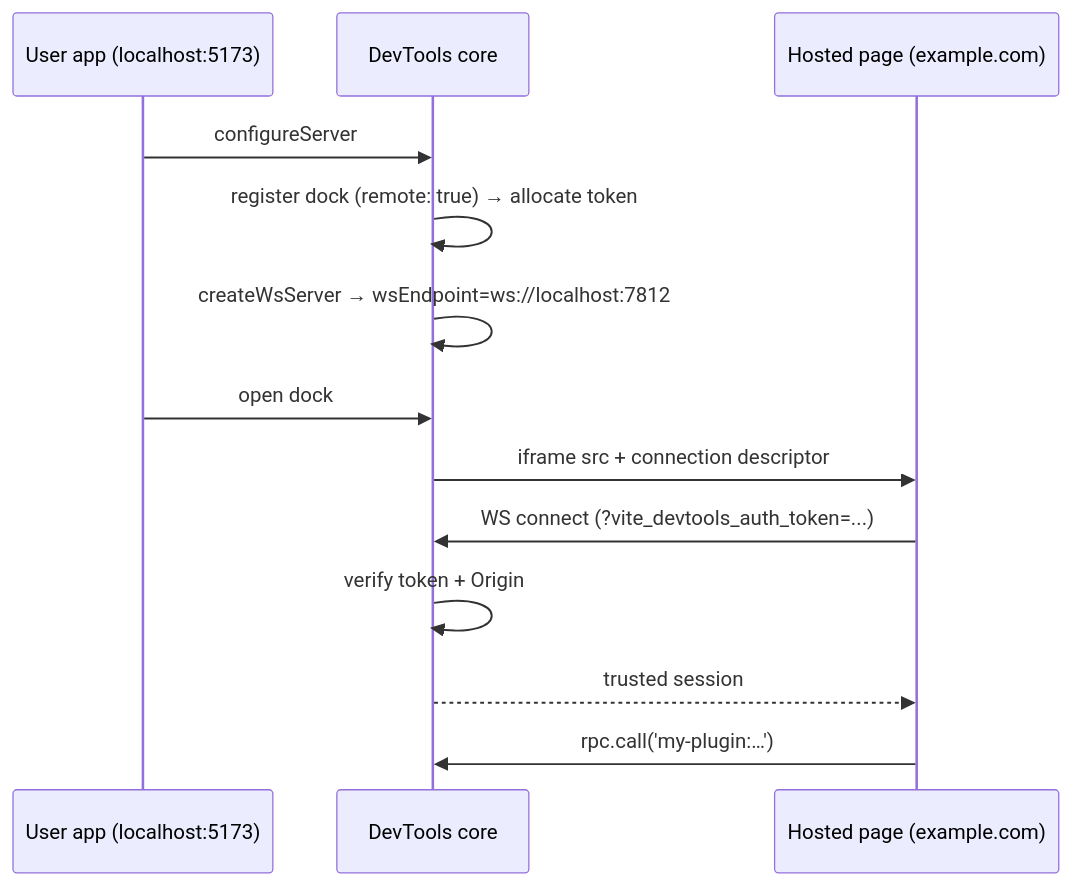
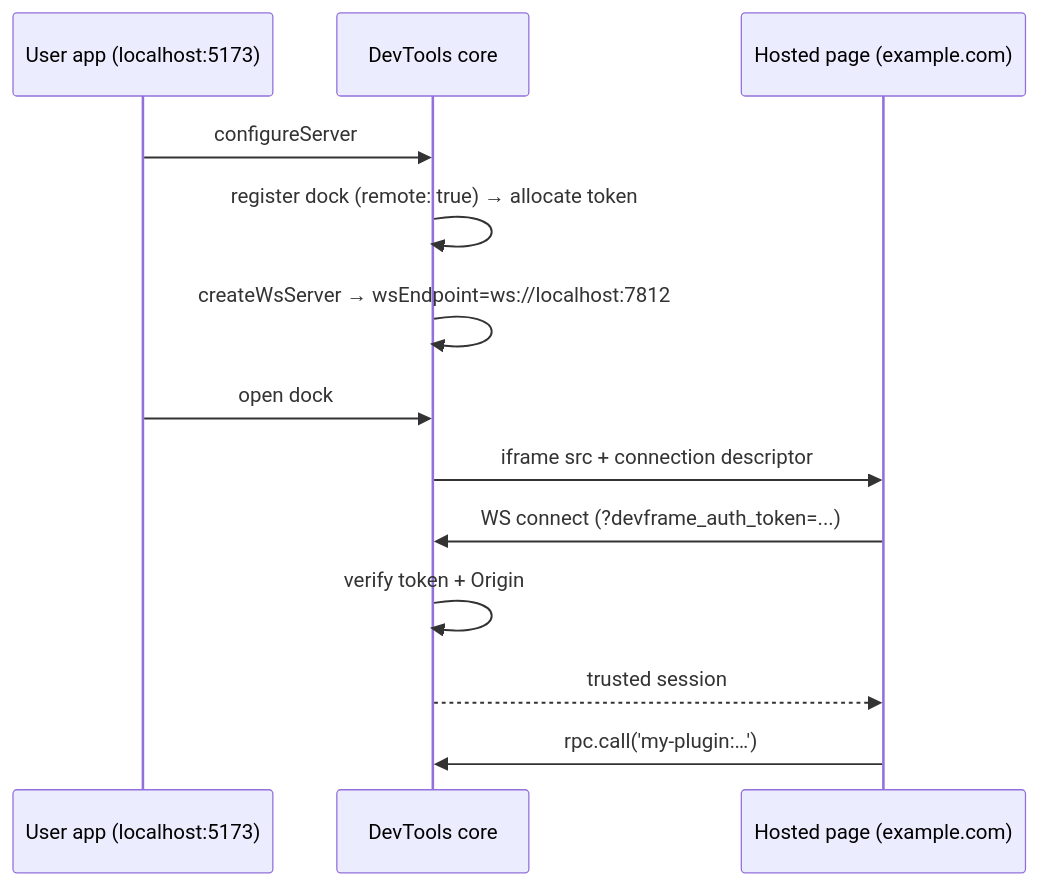
Before and after one commit to vitejs/devtools: the diagram in docs/kit/remote-client.md, drawn with Mermaid. The commit also changed 57 other files, not shown here.

````diff
--- a/docs/kit/remote-client.md
+++ b/docs/kit/remote-client.md
@@ -27,16 +27,16 @@
 ```mermaid
 sequenceDiagram
   participant User as User app (localhost:5173)
   participant Core as DevTools core
   participant Hosted as Hosted page (example.com)
 
   User->>Core: configureServer
   Core->>Core: register dock (remote: true) → allocate token
   Core->>Core: createWsServer → wsEndpoint=ws://localhost:7812
   User->>Core: open dock
   Core->>Hosted: iframe src + connection descriptor
-  Hosted->>Core: WS connect (?vite_devtools_auth_token=...)
+  Hosted->>Core: WS connect (?devframe_auth_token=...)
   Core->>Core: verify token + Origin
   Core-->>Hosted: trusted session
   Hosted->>Core: rpc.call('my-plugin:…')
 ```
````
